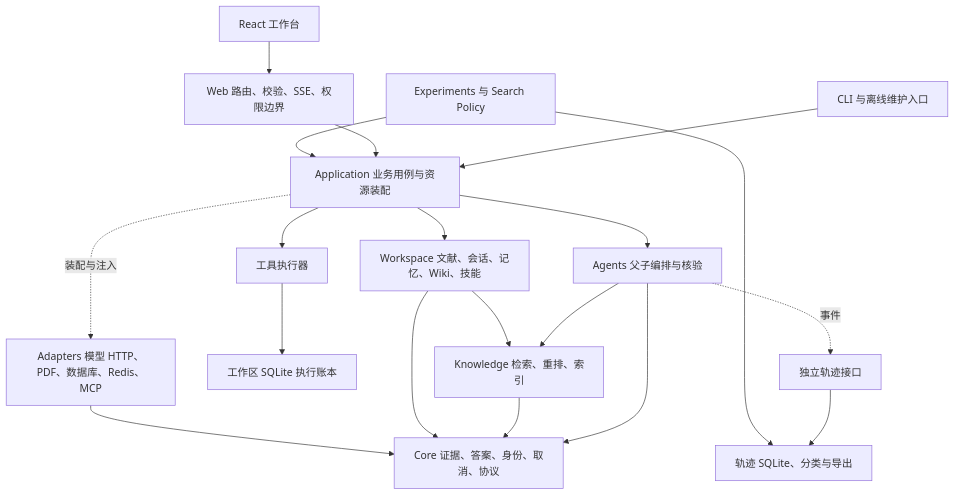
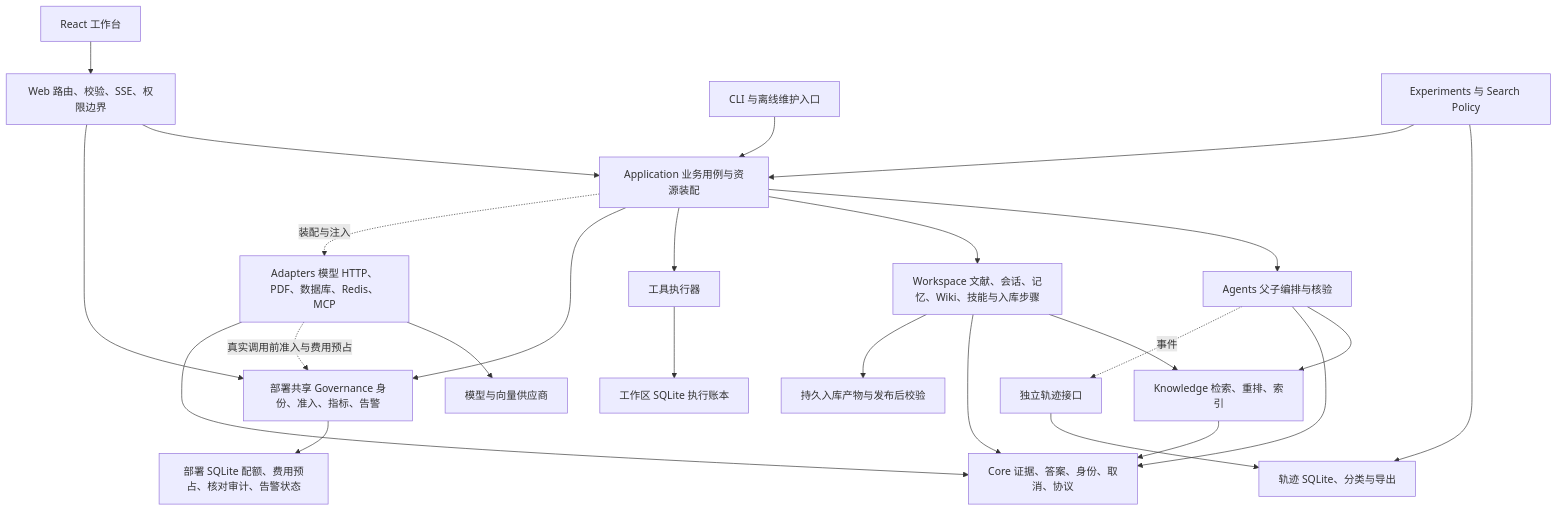
The first of 4 diagrams in docs/INTERVIEW_TECHNICAL_REPORT_20261019.md (zyiguo/deepsearch-paper-agent), drawn with Mermaid before and after one commit. The commit also changed other lines of this file and 67 other files, not shown here.

````diff
--- a/docs/INTERVIEW_TECHNICAL_REPORT_20261019.md
+++ b/docs/INTERVIEW_TECHNICAL_REPORT_20261019.md
@@ -67,21 +69,27 @@
 ```mermaid
 flowchart TB
     Browser[React 工作台] --> Web[Web 路由、校验、SSE、权限边界]
     CLI[CLI 与离线维护入口] --> App[Application 业务用例与资源装配]
     Web --> App
+    Web --> Gov[部署共享 Governance 身份、准入、指标、告警]
     App --> Agents[Agents 父子编排与核验]
-    App --> Workspace[Workspace 文献、会话、记忆、Wiki、技能]
+    App --> Workspace[Workspace 文献、会话、记忆、Wiki、技能与入库步骤]
     Agents --> Knowledge[Knowledge 检索、重排、索引]
     Workspace --> Knowledge
     Agents --> Core[Core 证据、答案、身份、取消、协议]
     Knowledge --> Core
     Workspace --> Core
     App --> Execution[工具执行器]
     Execution --> Ledger[工作区 SQLite 执行账本]
+    App --> Gov
+    Gov --> CostDB[部署 SQLite 配额、费用预占、核对审计、告警状态]
+    Workspace --> Artifacts[持久入库产物与发布后校验]
+    Adapters --> Provider[模型与向量供应商]
+    Adapters -.真实调用前准入与费用预占.-> Gov
     Adapters[Adapters 模型 HTTP、PDF、数据库、Redis、MCP] --> Core
     App -.装配与注入.-> Adapters
     Agents -.事件.-> Tracing[独立轨迹接口]
     Tracing --> TraceDB[轨迹 SQLite、分类与导出]
     Offline[Experiments 与 Search Policy] --> TraceDB
     Offline --> App
 ```
````
